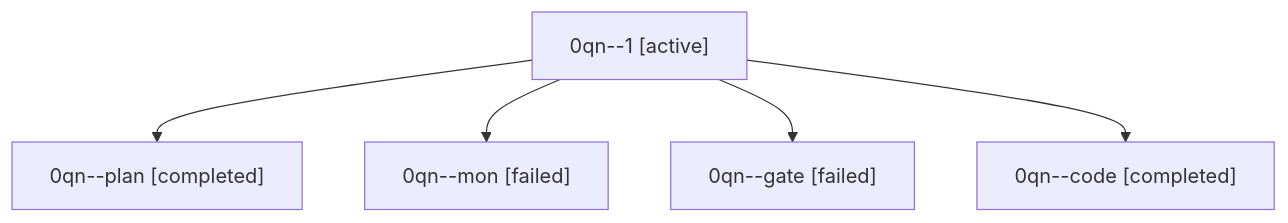
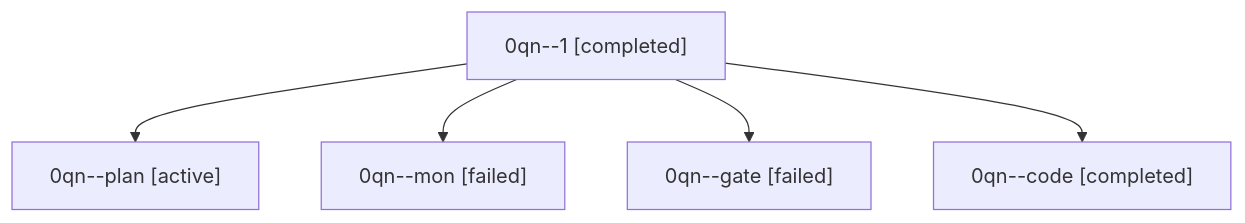
Before and after one commit to sase-org/sase--agents: the diagram in families/bbugyi200.athena.0qn.md, drawn with Mermaid. The commit also changed other lines of this file and 35830 other files, not shown here.

````diff
--- a/families/bbugyi200.athena.0qn.md
+++ b/families/bbugyi200.athena.0qn.md
@@ -9,12 +9,12 @@
 ```mermaid
 flowchart TD
-  n0["0qn--1 [active]"]
-  n1["0qn--plan [completed]"]
+  n0["0qn--1 [completed]"]
+  n1["0qn--plan [active]"]
   n0 --> n1
   n2["0qn--mon [failed]"]
   n0 --> n2
   n3["0qn--gate [failed]"]
   n0 --> n3
   n4["0qn--code [completed]"]
   n0 --> n4
 ```
````
